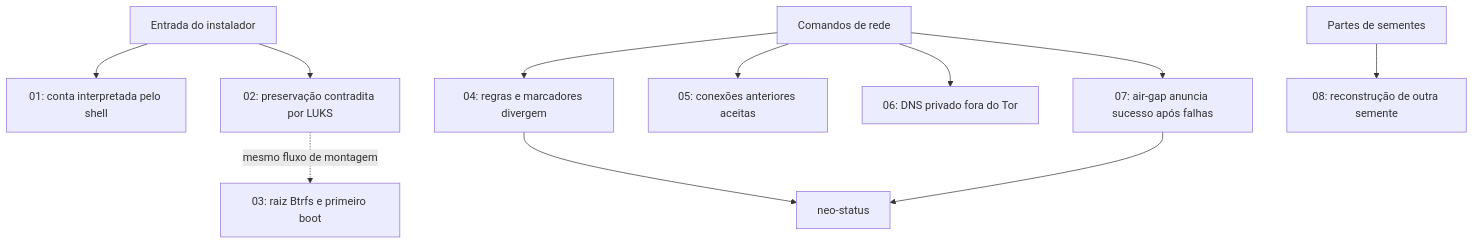
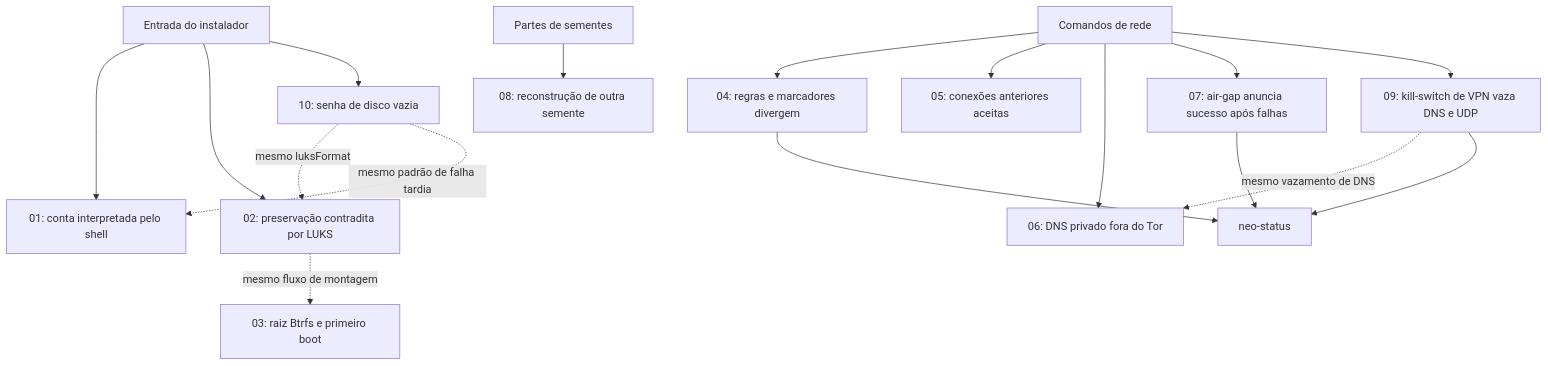
The diagram in README.md (joaoinky/NVG-OS-DEBUG), drawn with Mermaid before and after one commit. The commit also changed other lines of this file and 18 other files, not shown here.

````diff
--- a/README.md
+++ b/README.md
@@ -28,13 +36,19 @@
 ```mermaid
 flowchart TD
     A["Entrada do instalador"] --> B["01: conta interpretada pelo shell"]
     A --> C["02: preservação contradita por LUKS"]
     C -. "mesmo fluxo de montagem" .-> D["03: raiz Btrfs e primeiro boot"]
     E["Comandos de rede"] --> F["04: regras e marcadores divergem"]
     E --> G["05: conexões anteriores aceitas"]
     E --> H["06: DNS privado fora do Tor"]
     E --> I["07: air-gap anuncia sucesso após falhas"]
     F --> J["neo-status"]
     I --> J
     K["Partes de sementes"] --> L["08: reconstrução de outra semente"]
+    E --> M["09: kill-switch de VPN vaza DNS e UDP"]
+    M -. "mesmo vazamento de DNS" .-> H
+    M --> J
+    A --> N["10: senha de disco vazia"]
+    N -. "mesmo luksFormat" .-> C
+    N -. "mesmo padrão de falha tardia" .-> B
 ```
````
